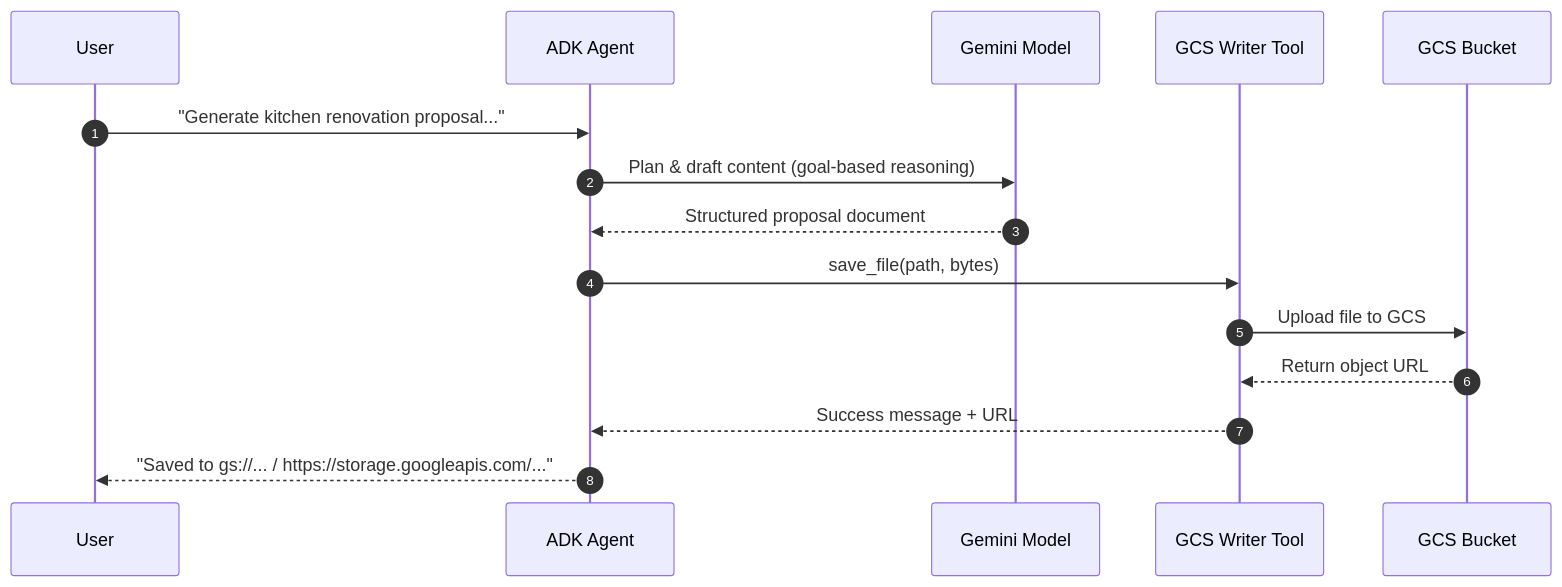
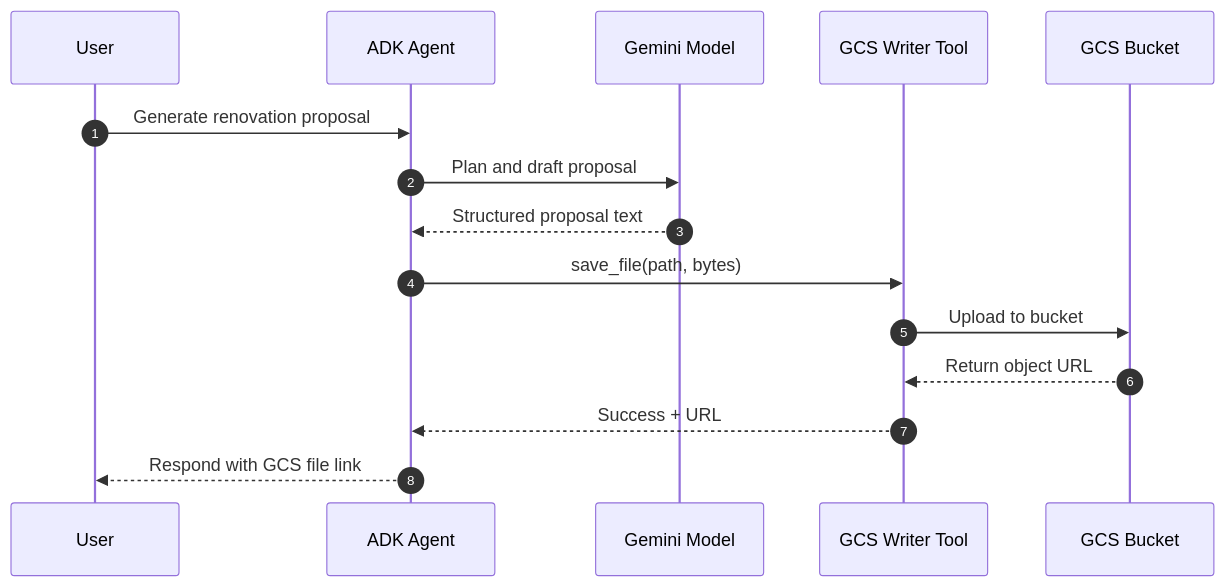
The second of 2 diagrams in AI Agents with ADK: Empowering with Tools/README.md (SiriBatchu/Google_adk), drawn with Mermaid before and after one commit. The commit also changed other lines of this file, not shown here.

````diff
--- a/AI Agents with ADK: Empowering with Tools/README.md
+++ b/AI Agents with ADK: Empowering with Tools/README.md
@@ -135,18 +135,19 @@
 ```mermaid
 sequenceDiagram
   autonumber
   participant U as User
   participant A as ADK Agent
   participant M as Gemini Model
   participant T as GCS Writer Tool
   participant B as GCS Bucket
 
-  U->>A: "Generate kitchen renovation proposal..."
-  A->>M: Plan & draft content (goal-based reasoning)
-  M-->>A: Structured proposal document
+  U->>A: Generate renovation proposal
+  A->>M: Plan and draft proposal
+  M-->>A: Structured proposal text
   A->>T: save_file(path, bytes)
-  T->>B: Upload file to GCS
+  T->>B: Upload to bucket
   B-->>T: Return object URL
-  T-->>A: Success message + URL
-  A-->>U: "Saved to gs://... / https://storage.googleapis.com/..."
+  T-->>A: Success + URL
+  A-->>U: Respond with GCS file link
+
 ```
````
